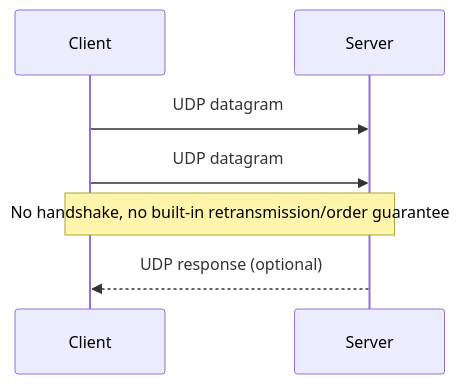
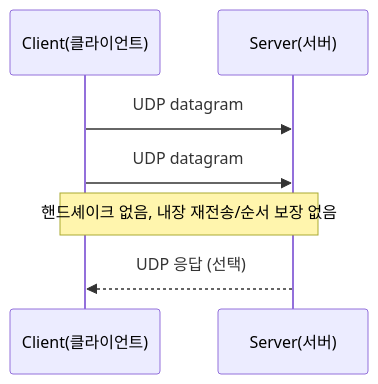
Diagram 17 of 39 in _posts/cs-note/2026-02-27-network.md (mandoobox/mandoobox.github.io), drawn with Mermaid before and after one commit. The commit also changed other lines of this file and 18 other files, not shown here.

````diff
--- a/_posts/cs-note/2026-02-27-network.md
+++ b/_posts/cs-note/2026-02-27-network.md
@@ -524,9 +524,9 @@
 ```mermaid
 sequenceDiagram
-  participant C as Client
-  participant S as Server
+  participant C as Client(클라이언트)
+  participant S as Server(서버)
   C->>S: UDP datagram #1
   C->>S: UDP datagram #2
-  Note over C,S: No handshake, no built-in retransmission/order guarantee
-  S-->>C: UDP response (optional)
+  Note over C,S: 핸드셰이크 없음, 내장 재전송/순서 보장 없음
+  S-->>C: UDP 응답 (선택)
 ```
````
